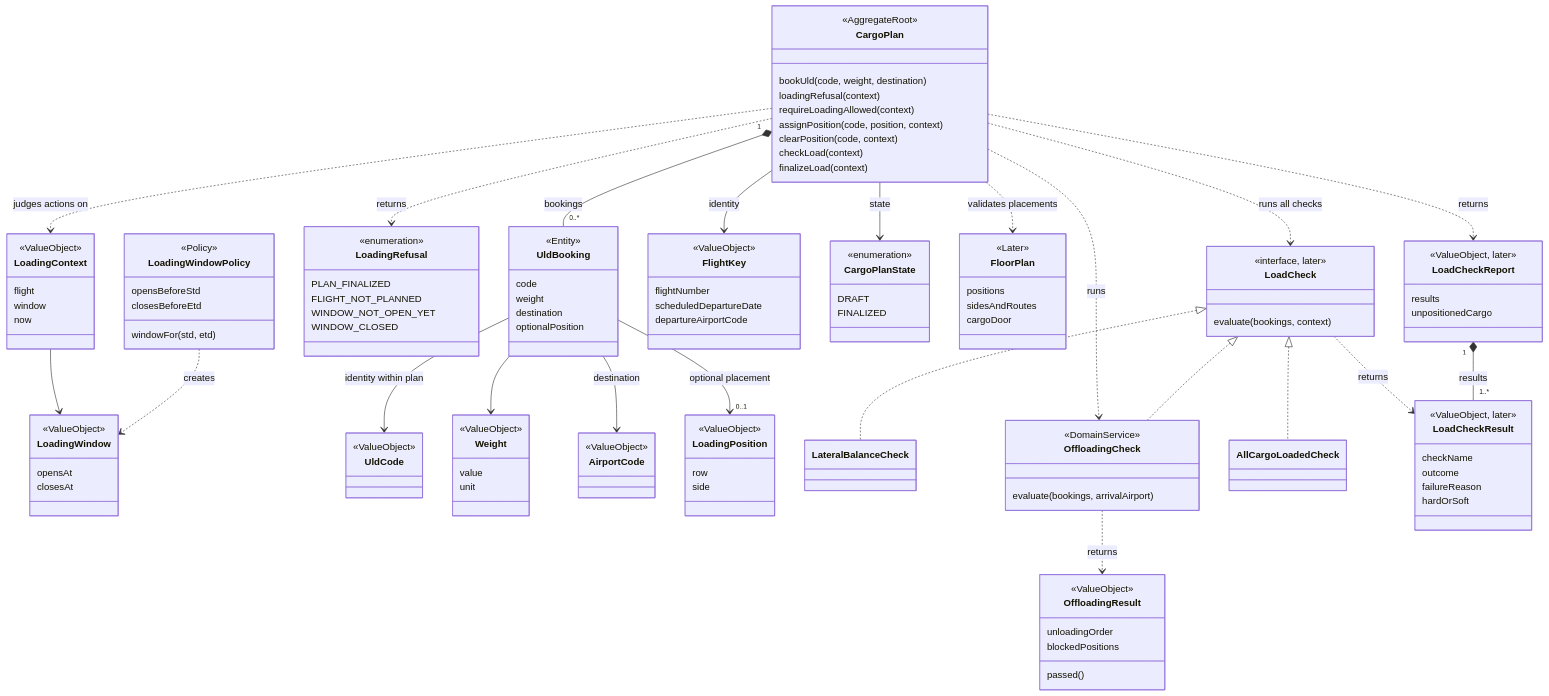
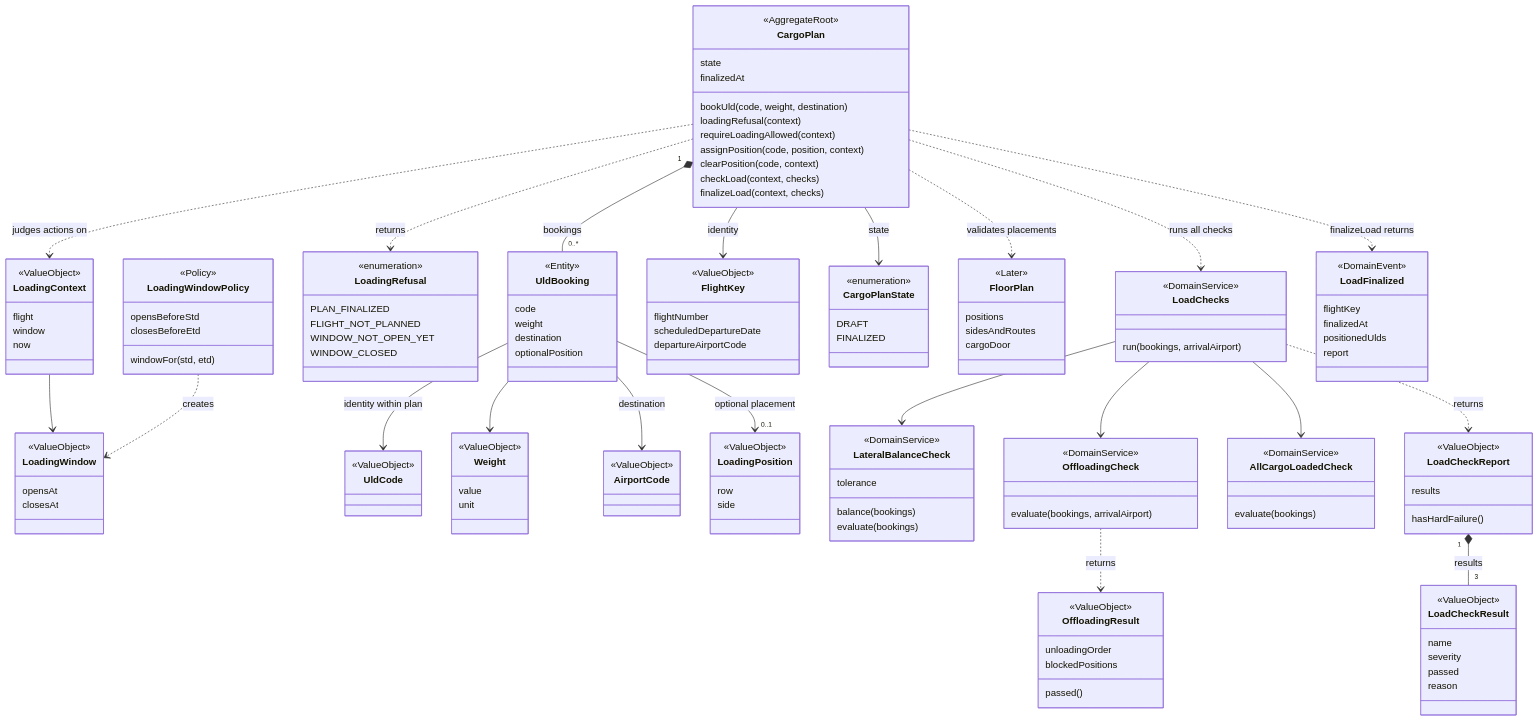
The fourth of 9 diagrams in architecture/analyse.md (ebhd/air-freight-operations), drawn with Mermaid before and after one commit. The commit also changed other lines of this file and 2 other files, not shown here.

Commit message:
Document load checks, finalizing and the CPM flow (#26, #27, #32)

````diff
--- a/architecture/analyse.md
+++ b/architecture/analyse.md
@@ -164,8 +165,10 @@
         requireLoadingAllowed(context)
         assignPosition(code, position, context)
         clearPosition(code, context)
-        checkLoad(context)
-        finalizeLoad(context)
+        checkLoad(context, checks)
+        finalizeLoad(context, checks)
+        state
+        finalizedAt
     }
     class LoadingContext {
         <<ValueObject>>
@@ -231,11 +234,16 @@
         sidesAndRoutes
         cargoDoor
     }
-    class LoadCheck {
-        <<interface, later>>
-        evaluate(bookings, context)
+    class LoadChecks {
+        <<DomainService>>
+        run(bookings, arrivalAirport)
     }
-    class LateralBalanceCheck
+    class LateralBalanceCheck {
+        <<DomainService>>
+        tolerance
+        balance(bookings)
+        evaluate(bookings)
+    }
     class OffloadingCheck {
         <<DomainService>>
         evaluate(bookings, arrivalAirport)
@@ -246,18 +254,28 @@
         blockedPositions
         passed()
     }
-    class AllCargoLoadedCheck
+    class AllCargoLoadedCheck {
+        <<DomainService>>
+        evaluate(bookings)
+    }
     class LoadCheckResult {
-        <<ValueObject, later>>
-        checkName
-        outcome
-        failureReason
-        hardOrSoft
+        <<ValueObject>>
+        name
+        severity
+        passed
+        reason
     }
     class LoadCheckReport {
-        <<ValueObject, later>>
+        <<ValueObject>>
         results
-        unpositionedCargo
+        hasHardFailure()
+    }
+    class LoadFinalized {
+        <<DomainEvent>>
+        flightKey
+        finalizedAt
+        positionedUlds
+        report
     }
     CargoPlan --> FlightKey : identity
     CargoPlan --> CargoPlanState : state
@@ -271,13 +289,12 @@
     UldBooking --> AirportCode : destination
     UldBooking --> "0..1" LoadingPosition : optional placement
     CargoPlan ..> FloorPlan : validates placements
-    CargoPlan ..> LoadCheck : runs all checks
-    CargoPlan ..> OffloadingCheck : runs
+    CargoPlan ..> LoadChecks : runs all checks
+    LoadChecks --> LateralBalanceCheck
+    LoadChecks --> OffloadingCheck
+    LoadChecks --> AllCargoLoadedCheck
     OffloadingCheck ..> OffloadingResult : returns
-    LoadCheck <|.. LateralBalanceCheck
-    LoadCheck <|.. OffloadingCheck
-    LoadCheck <|.. AllCargoLoadedCheck
-    CargoPlan ..> LoadCheckReport : returns
-    LoadCheck ..> LoadCheckResult : returns
-    LoadCheckReport "1" *-- "1..*" LoadCheckResult : results
+    LoadChecks ..> LoadCheckReport : returns
+    CargoPlan ..> LoadFinalized : finalizeLoad returns
+    LoadCheckReport "1" *-- "3" LoadCheckResult : results
 ```
````
